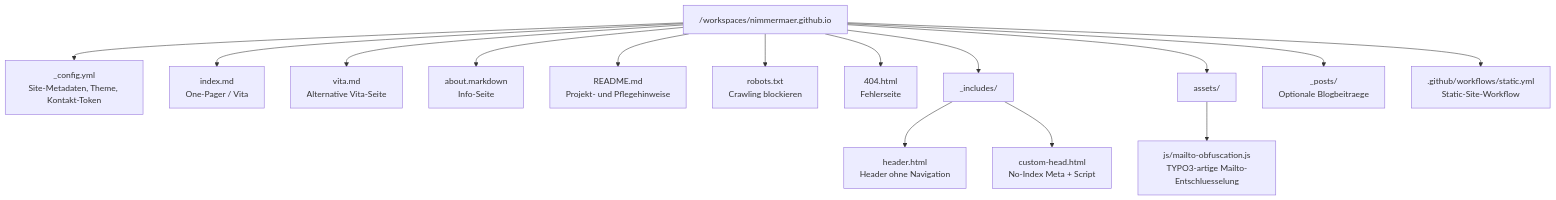
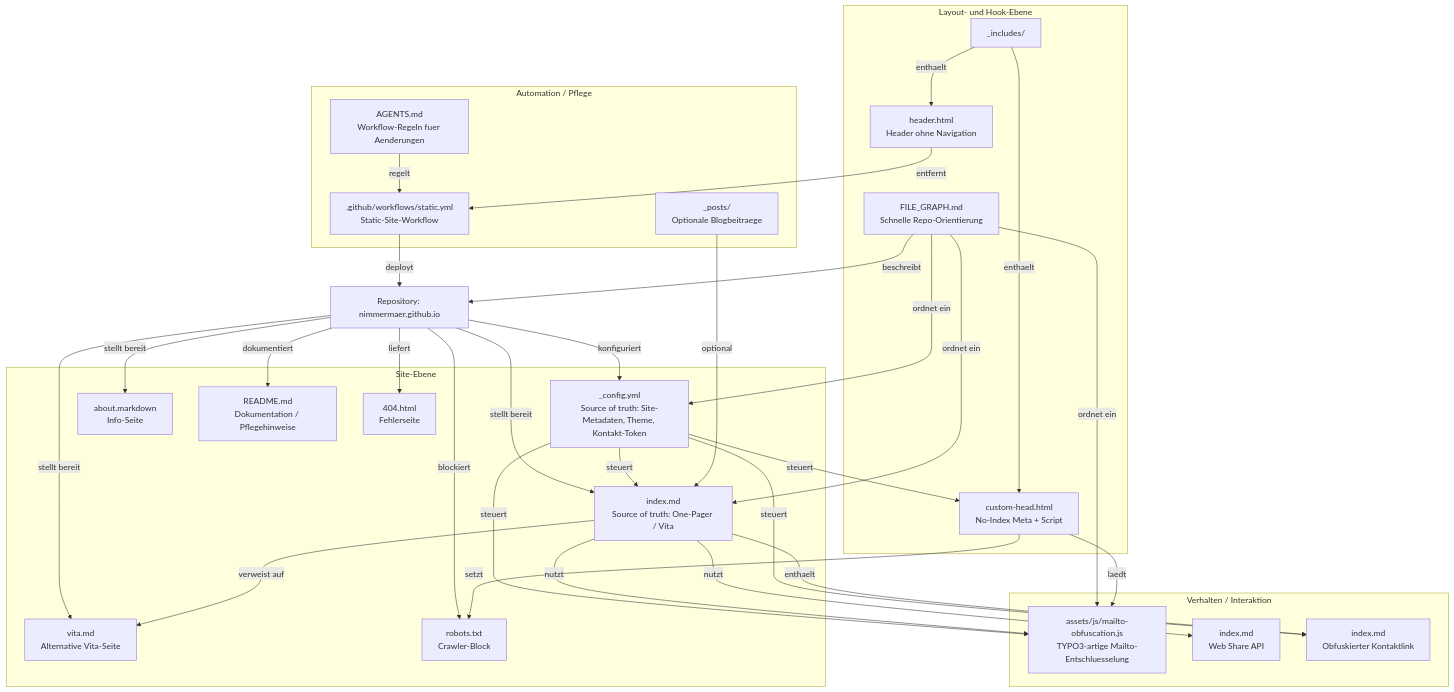
Before and after one commit to Nimmermaer/nimmermaer.github.io: the diagram in FILE_GRAPH.md, drawn with Mermaid. The commit also changed other lines of this file, not shown here.

Commit message:
Refine file graph structure

````diff
--- a/FILE_GRAPH.md
+++ b/FILE_GRAPH.md
@@ -5,22 +5,66 @@
 ```mermaid
-graph TD
-  Root["/workspaces/nimmermaer.github.io"]
+flowchart TB
+  Root["Repository: nimmermaer.github.io"]
 
-  Root --> Config["_config.yml\nSite-Metadaten, Theme, Kontakt-Token"]
-  Root --> Home["index.md\nOne-Pager / Vita"]
-  Root --> Vita["vita.md\nAlternative Vita-Seite"]
-  Root --> About["about.markdown\nInfo-Seite"]
-  Root --> Readme["README.md\nProjekt- und Pflegehinweise"]
-  Root --> Robots["robots.txt\nCrawling blockieren"]
-  Root --> Page404["404.html\nFehlerseite"]
+  subgraph Site["Site-Ebene"]
+    Config["_config.yml\nSource of truth: Site-Metadaten, Theme, Kontakt-Token"]
+    Home["index.md\nSource of truth: One-Pager / Vita"]
+    Vita["vita.md\nAlternative Vita-Seite"]
+    About["about.markdown\nInfo-Seite"]
+    Readme["README.md\nDokumentation / Pflegehinweise"]
+    Robots["robots.txt\nCrawler-Block"]
+    Page404["404.html\nFehlerseite"]
+  end
 
-  Root --> Includes["_includes/"]
-  Includes --> Header["header.html\nHeader ohne Navigation"]
-  Includes --> Head["custom-head.html\nNo-Index Meta + Script"]
+  subgraph Layout["Layout- und Hook-Ebene"]
+    Includes["_includes/"]
+    Header["header.html\nHeader ohne Navigation"]
+    Head["custom-head.html\nNo-Index Meta + Script"]
+    Graph["FILE_GRAPH.md\nSchnelle Repo-Orientierung"]
+  end
 
-  Root --> Assets["assets/"]
-  Assets --> Js["js/mailto-obfuscation.js\nTYPO3-artige Mailto-Entschluesselung"]
+  subgraph Behavior["Verhalten / Interaktion"]
+    Js["assets/js/mailto-obfuscation.js\nTYPO3-artige Mailto-Entschluesselung"]
+    Share["index.md\nWeb Share API"]
+    Contact["index.md\nObfuskierter Kontaktlink"]
+  end
 
-  Root --> Posts["_posts/\nOptionale Blogbeitraege"]
-  Root --> Workflow[".github/workflows/static.yml\nStatic-Site-Workflow"]
+  subgraph Ops["Automation / Pflege"]
+    Workflow[".github/workflows/static.yml\nStatic-Site-Workflow"]
+    Agents["AGENTS.md\nWorkflow-Regeln fuer Aenderungen"]
+    Posts["_posts/\nOptionale Blogbeitraege"]
+  end
+
+  Root -->|konfiguriert| Config
+  Root -->|stellt bereit| Home
+  Root -->|stellt bereit| Vita
+  Root -->|stellt bereit| About
+  Root -->|dokumentiert| Readme
+  Root -->|blockiert| Robots
+  Root -->|liefert| Page404
+
+  Config -->|steuert| Home
+  Config -->|steuert| Head
+  Config -->|steuert| Js
+  Config -->|steuert| Contact
+
+  Includes -->|enthaelt| Header
+  Includes -->|enthaelt| Head
+  Graph -->|beschreibt| Root
+  Graph -->|ordnet ein| Config
+  Graph -->|ordnet ein| Home
+  Graph -->|ordnet ein| Js
+
+  Head -->|laedt| Js
+  Head -->|setzt| Robots
+  Header -->|entfernt| Workflow
+
+  Home -->|nutzt| Js
+  Home -->|nutzt| Share
+  Home -->|enthaelt| Contact
+  Home -->|verweist auf| Vita
+
+  Agents -->|regelt| Workflow
+  Workflow -->|deployt| Root
+  Posts -->|optional| Home
 ```
````
